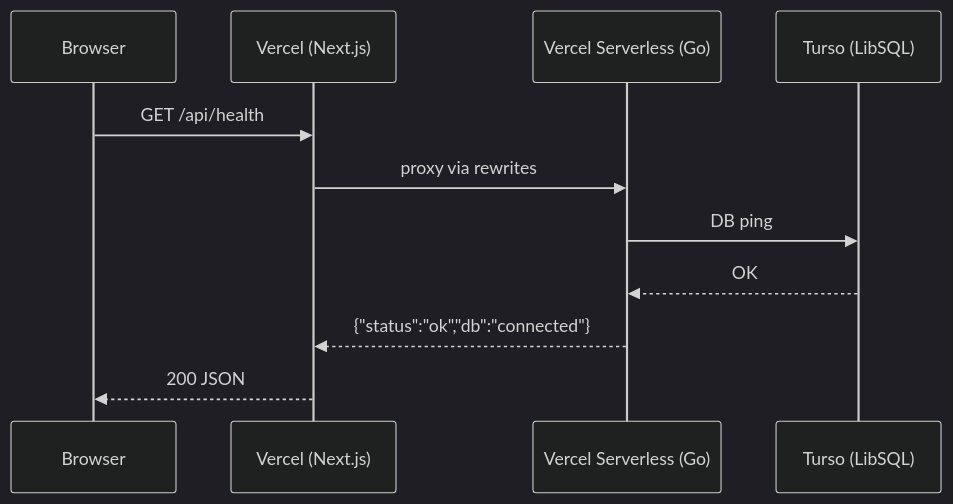
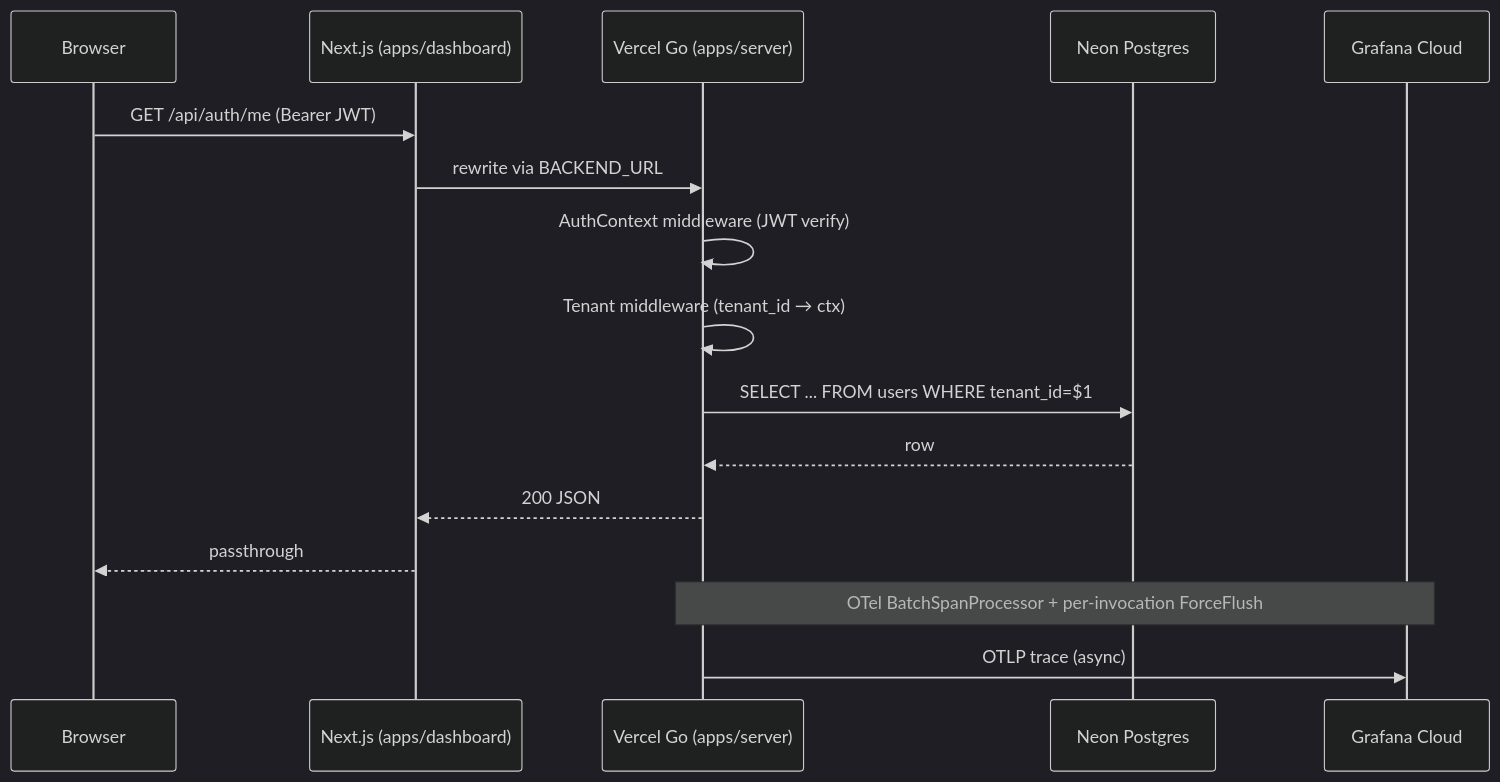
One commit to liyoclaw1242/whitelabel-admin changed the third of 3 diagrams in arch.md. Above: the diagram before and after it, drawn with Mermaid (dark theme). The commit also changed other lines of this file and 1 other file, not shown here.

````diff
--- a/arch.md
+++ b/arch.md
@@ -77,14 +84,19 @@
 ```mermaid
 sequenceDiagram
   participant Browser
-  participant Vercel as Vercel (Next.js)
-  participant Go as Vercel Serverless (Go)
-  participant Turso as Turso (LibSQL)
+  participant Dashboard as Next.js (apps/dashboard)
+  participant Server as Vercel Go (apps/server)
+  participant Neon as Neon Postgres
+  participant Grafana as Grafana Cloud
 
-  Browser->>Vercel: GET /api/health
-  Vercel->>Go: proxy via rewrites
-  Go->>Turso: DB ping
-  Turso-->>Go: OK
-  Go-->>Vercel: {"status":"ok","db":"connected"}
-  Vercel-->>Browser: 200 JSON
+  Browser->>Dashboard: GET /api/auth/me  (Bearer JWT)
+  Dashboard->>Server: rewrite via BACKEND_URL
+  Server->>Server: AuthContext middleware (JWT verify)
+  Server->>Server: Tenant middleware (tenant_id → ctx)
+  Server->>Neon: SELECT ... FROM users WHERE tenant_id=$1
+  Neon-->>Server: row
+  Server-->>Dashboard: 200 JSON
+  Dashboard-->>Browser: passthrough
+  Note over Server,Grafana: OTel BatchSpanProcessor + per-invocation ForceFlush
+  Server->>Grafana: OTLP trace (async)
 ```
````
